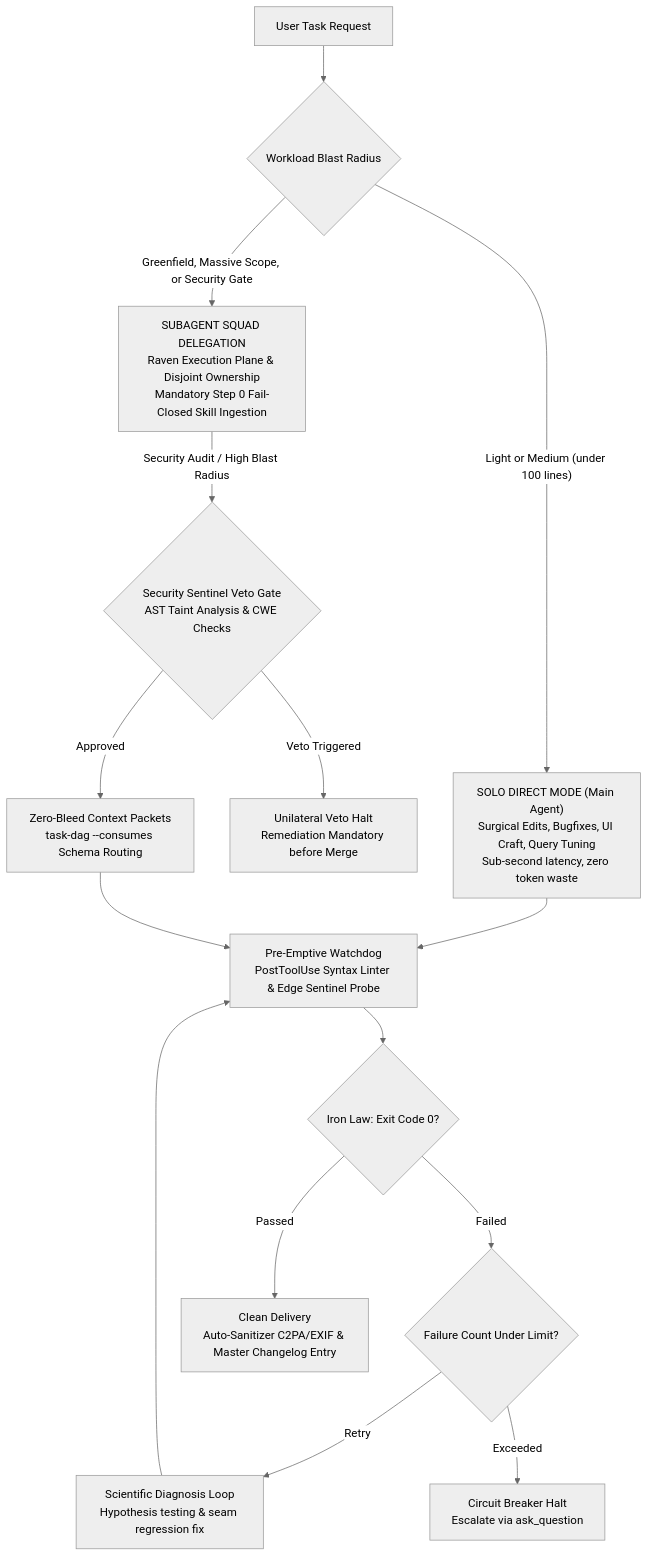
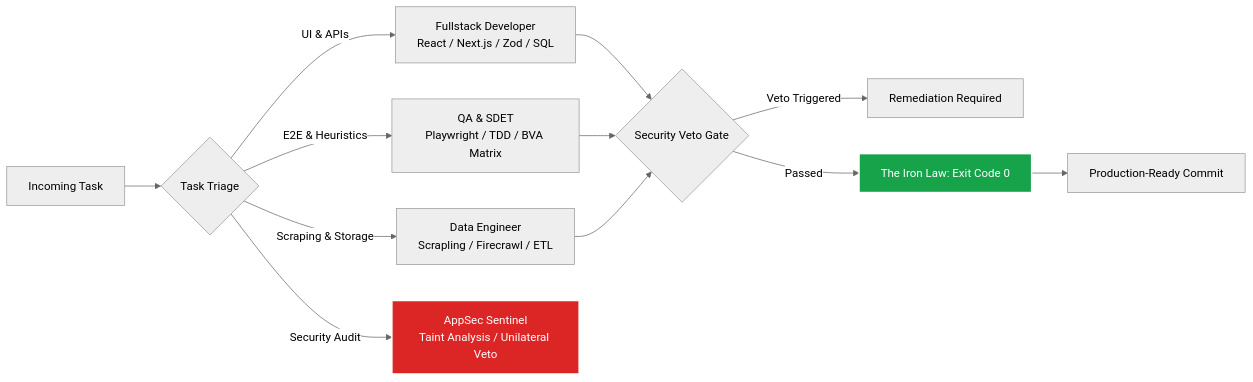
Before and after one commit to MasterPandaa/UltimateGravity: the diagram in README.md, drawn with Mermaid (neutral theme). The commit also changed other lines of this file and 1 other file, not shown here.

First line of the commit message:
docs: streamline README & CHANGELOG for high-conversion readability

````diff
--- a/README.md
+++ b/README.md
@@ -99,22 +96,16 @@
 ```mermaid
-flowchart TD
-    User["User Task Request"] --> Gate{"Workload Blast Radius"}
-    
-    Gate -->|"Light or Medium (under 100 lines)"| Solo["SOLO DIRECT MODE (Main Agent)<br/>Surgical Edits, Bugfixes, UI Craft, Query Tuning<br/>Sub-second latency, zero token waste"]
-    Gate -->|"Greenfield, Massive Scope, or Security Gate"| Squad["SUBAGENT SQUAD DELEGATION<br/>Raven Execution Plane & Disjoint Ownership<br/>Mandatory Step 0 Fail-Closed Skill Ingestion"]
-    
-    Squad -->|"Security Audit / High Blast Radius"| SecGate{"Security Sentinel Veto Gate<br/>AST Taint Analysis & CWE Checks"}
-    SecGate -->|"Veto Triggered"| SecReject["Unilateral Veto Halt<br/>Remediation Mandatory before Merge"]
-    SecGate -->|"Approved"| ContextPkt["Zero-Bleed Context Packets<br/>task-dag --consumes Schema Routing"]
-    
-    Solo --> Watchdog["Pre-Emptive Watchdog<br/>PostToolUse Syntax Linter & Edge Sentinel Probe"]
-    ContextPkt --> Watchdog
-    
-    Watchdog --> Verify{"Iron Law: Exit Code 0?"}
-    Verify -->|"Failed"| CircuitBreaker{"Failure Count Under Limit?"}
-    CircuitBreaker -->|"Retry"| SelfHeal["Scientific Diagnosis Loop<br/>Hypothesis testing & seam regression fix"]
-    SelfHeal --> Watchdog
-    CircuitBreaker -->|"Exceeded"| Escalate["Circuit Breaker Halt<br/>Escalate via ask_question"]
-    
-    Verify -->|"Passed"| Deliver["Clean Delivery<br/>Auto-Sanitizer C2PA/EXIF & Master Changelog Entry"]
+flowchart LR
+    Task["Incoming Task"] --> Router{"Task Triage"}
+    Router -->|"UI & APIs"| Dev["Fullstack Developer<br/>React / Next.js / Zod / SQL"]
+    Router -->|"E2E & Heuristics"| QA["QA & SDET<br/>Playwright / TDD / BVA Matrix"]
+    Router -->|"Scraping & Storage"| Data["Data Engineer<br/>Scrapling / Firecrawl / ETL"]
+    Router -->|"Security Audit"| Sec["AppSec Sentinel<br/>Taint Analysis / Unilateral Veto"]
+
+    Dev & QA & Data --> SecGate{"Security Veto Gate"}
+    SecGate -->|"Veto Triggered"| Halt["Remediation Required"]
+    SecGate -->|"Passed"| Verify["The Iron Law: Exit Code 0"]
+    Verify --> Deliver["Production-Ready Commit"]
+
+    style Sec fill:#dc2626,stroke:#fff,stroke-width:2px,color:#fff
+    style Verify fill:#16a34a,stroke:#fff,stroke-width:2px,color:#fff
 ```
````
